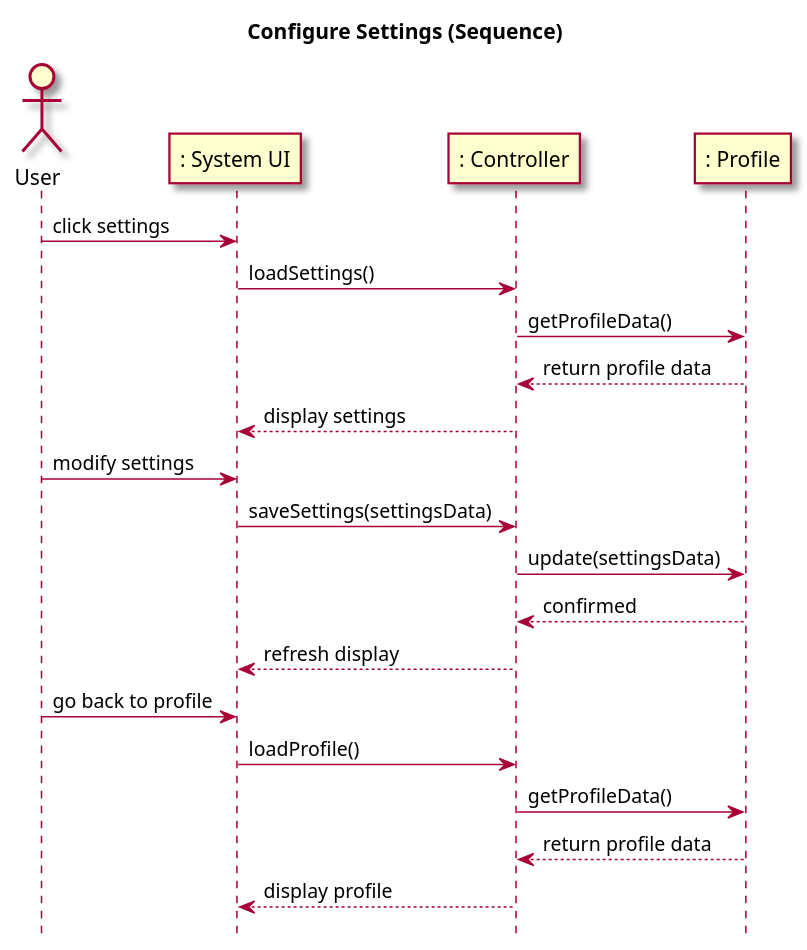
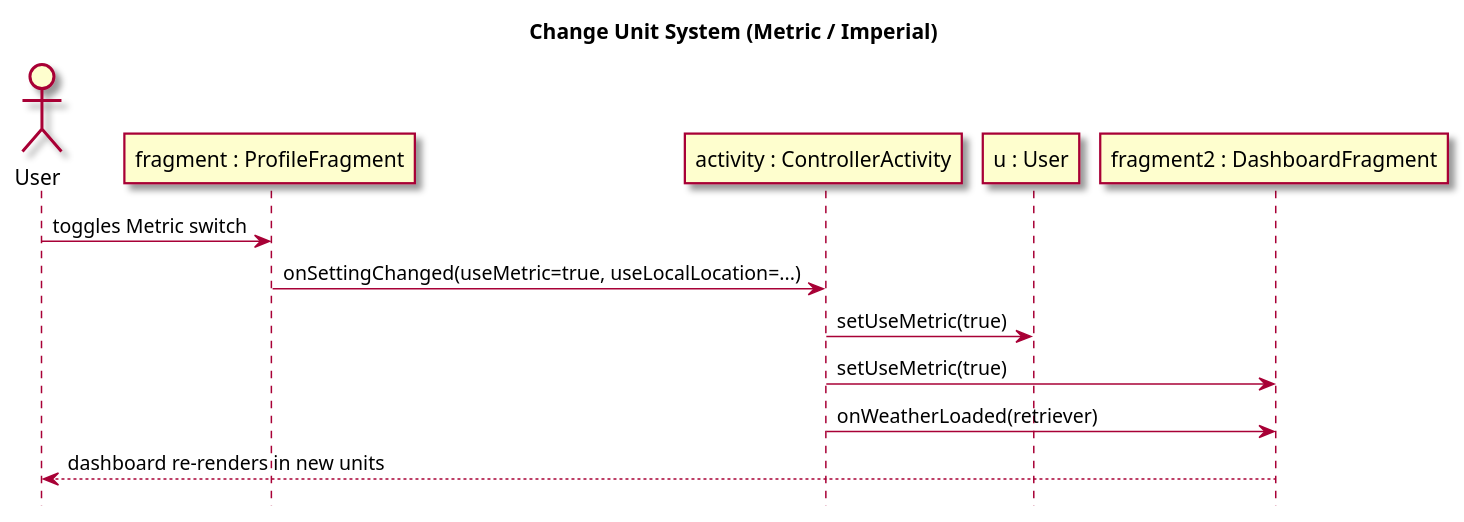
Before and after one commit to owhitleym-ui/EcoScoop: the second of 3 diagrams in intellij/doc/use-cases/configure-settings.md, drawn with PlantUML. The commit also changed other lines of this file and 12 other files, not shown here.

Commit message:
Updated documentation, class diagram, use cases, and readme

````diff
--- a/intellij/doc/use-cases/configure-settings.md
+++ b/intellij/doc/use-cases/configure-settings.md
@@ -59,31 +64,21 @@
 ```plantuml
 @startuml
 skin rose
 hide footbox
-title Configure Settings (Sequence)
+title Change Unit System (Metric / Imperial)
 
-actor User
-participant ": System UI" as UI
-participant ": Controller" as Controller
-participant ": Profile" as Profile
+actor User as user
+participant "fragment : ProfileFragment" as UI
+participant "activity : ControllerActivity" as controller
+participant "u : User" as userModel
+participant "fragment2 : DashboardFragment" as dash
 
-User -> UI : click settings
-UI -> Controller : loadSettings()
-Controller -> Profile : getProfileData()
-Profile --> Controller : return profile data
-Controller --> UI : display settings
-
-User -> UI : modify settings
-UI -> Controller : saveSettings(settingsData)
-Controller -> Profile : update(settingsData)
-Profile --> Controller : confirmed
-Controller --> UI : refresh display
-
-User -> UI : go back to profile
-UI -> Controller : loadProfile()
-Controller -> Profile : getProfileData()
-Profile --> Controller : return profile data
-Controller --> UI : display profile
+user -> UI : toggles Metric switch
+UI -> controller : onSettingChanged(useMetric=true, useLocalLocation=...)
+controller -> userModel : setUseMetric(true)
+controller -> dash : setUseMetric(true)
+controller -> dash : onWeatherLoaded(retriever)
+dash --> user : dashboard re-renders in new units
 
 @enduml
 ```
````
